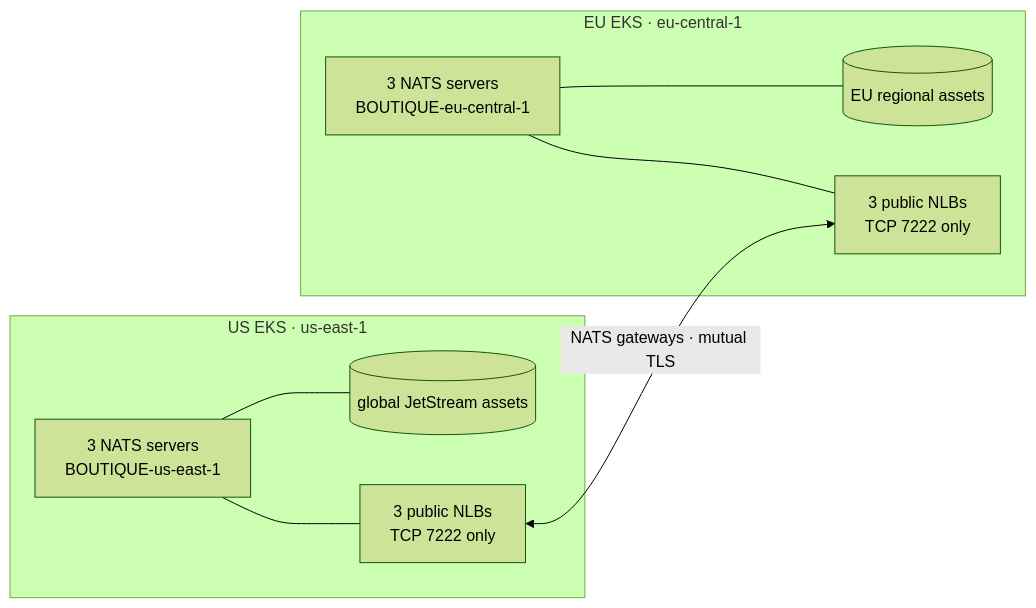
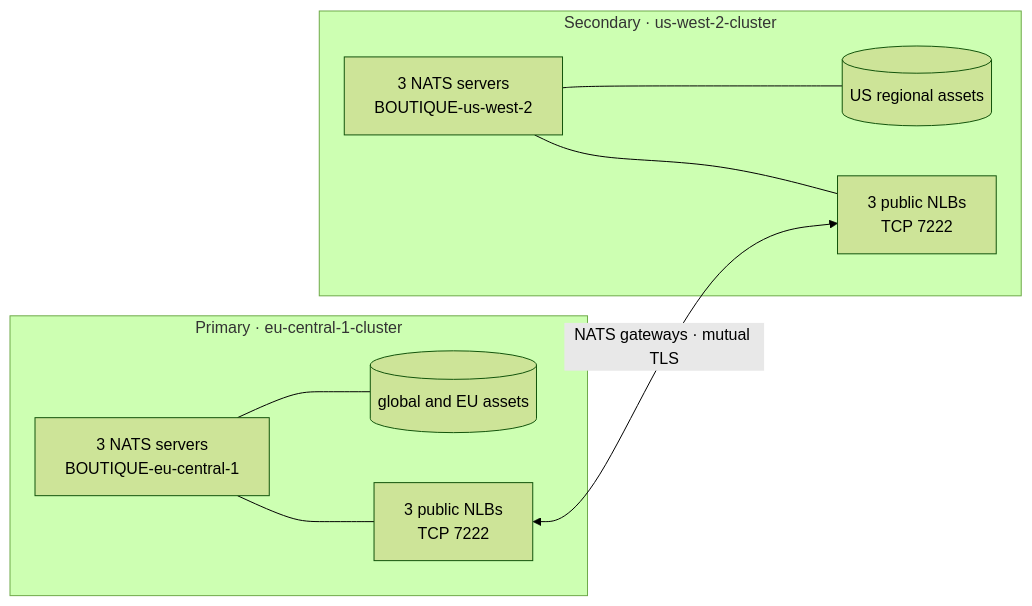
One commit to Matslo1234/microservices-demo-nats changed the diagram in docs/aws-nats-supercluster.md. Above: the diagram before and after it, drawn with Mermaid (forest theme). The commit also changed other lines of this file and 58 other files, not shown here.

````diff
--- a/docs/aws-nats-supercluster.md
+++ b/docs/aws-nats-supercluster.md
@@ -14,18 +15,18 @@
 ```mermaid
 flowchart LR
-  subgraph US[US EKS · us-east-1]
-    USN[3 NATS servers\nBOUTIQUE-us-east-1]
-    USJ[(global JetStream assets)]
-    USG[3 public NLBs\nTCP 7222 only]
+  subgraph EU[Primary · eu-central-1-cluster]
+    EUN[3 NATS servers\nBOUTIQUE-eu-central-1]
+    EUJ[(global and EU assets)]
+    EUG[3 public NLBs\nTCP 7222]
+    EUN --- EUJ
+    EUN --- EUG
+  end
+  subgraph US[Secondary · us-west-2-cluster]
+    USN[3 NATS servers\nBOUTIQUE-us-west-2]
+    USJ[(US regional assets)]
+    USG[3 public NLBs\nTCP 7222]
     USN --- USJ
     USN --- USG
   end
-  subgraph EU[EU EKS · eu-central-1]
-    EUN[3 NATS servers\nBOUTIQUE-eu-central-1]
-    EUJ[(EU regional assets)]
-    EUG[3 public NLBs\nTCP 7222 only]
-    EUN --- EUJ
-    EUN --- EUG
-  end
-  USG <-->|NATS gateways · mutual TLS| EUG
+  EUG <-->|NATS gateways · mutual TLS| USG
 ```
````
